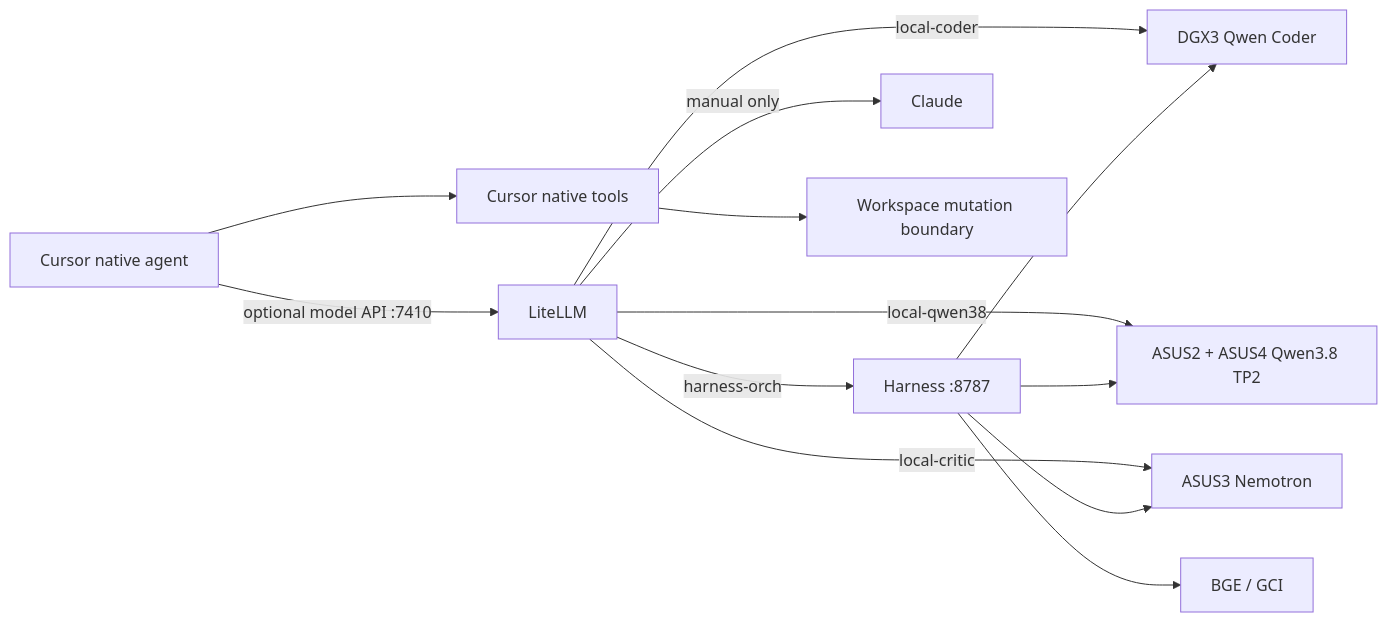
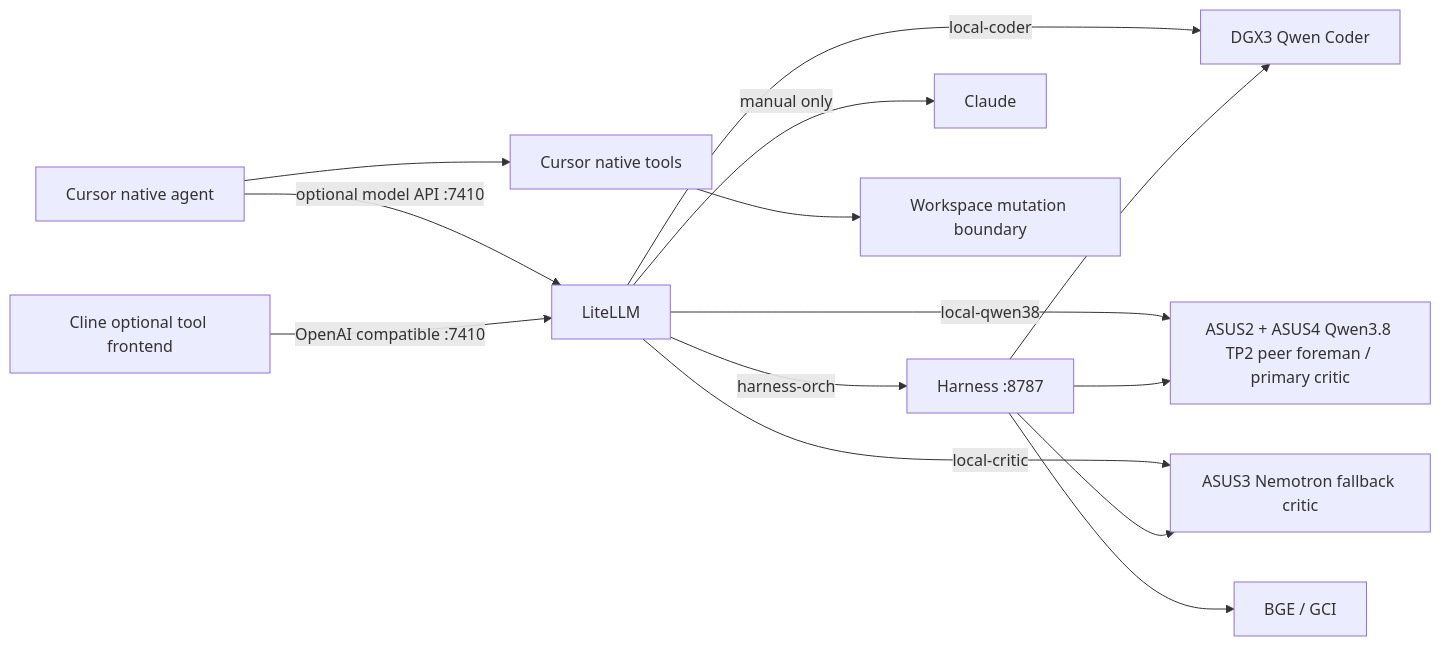
The diagram in ARCHITECTURE.md (beargallbladder/outcitedharness), drawn with Mermaid before and after one commit. The commit also changed other lines of this file and 7 other files, not shown here.

````diff
--- a/ARCHITECTURE.md
+++ b/ARCHITECTURE.md
@@ -5,15 +5,16 @@
 ```mermaid
 flowchart LR
-  Client["Cursor native agent"] -->|optional model API :7410| LiteLLM
-  Client --> Native["Cursor native tools"]
+  Cursor["Cursor native agent"] -->|optional model API :7410| LiteLLM
+  Cursor --> Native["Cursor native tools"]
+  Cline["Cline optional tool frontend"] -->|OpenAI compatible :7410| LiteLLM
   LiteLLM -->|harness-orch| Harness["Harness :8787"]
   LiteLLM -->|local-coder| Coder["DGX3 Qwen Coder"]
-  LiteLLM -->|local-qwen38| Foreman["ASUS2 + ASUS4 Qwen3.8 TP2"]
-  LiteLLM -->|local-critic| Critic["ASUS3 Nemotron"]
+  LiteLLM -->|local-qwen38| Foreman["ASUS2 + ASUS4 Qwen3.8 TP2 peer foreman / primary critic"]
+  LiteLLM -->|local-critic| Critic["ASUS3 Nemotron fallback critic"]
   LiteLLM -->|manual only| Claude["Claude"]
   Harness --> Coder
   Harness --> Foreman
   Harness --> Critic
   Harness --> Protected["BGE / GCI"]
   Native --> Workspace["Workspace mutation boundary"]
 ```
````
